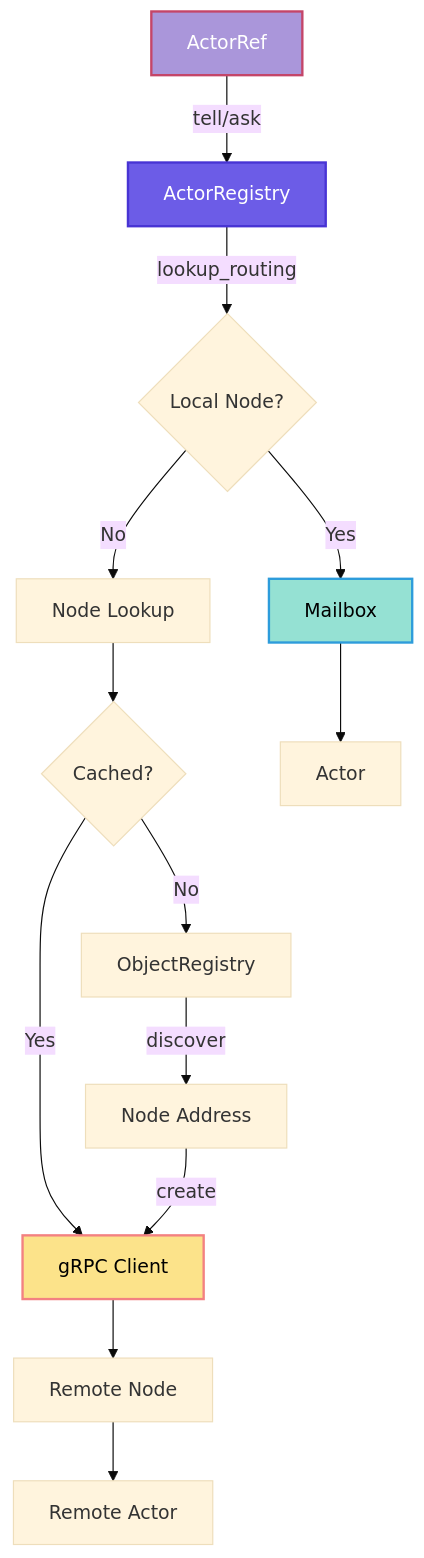
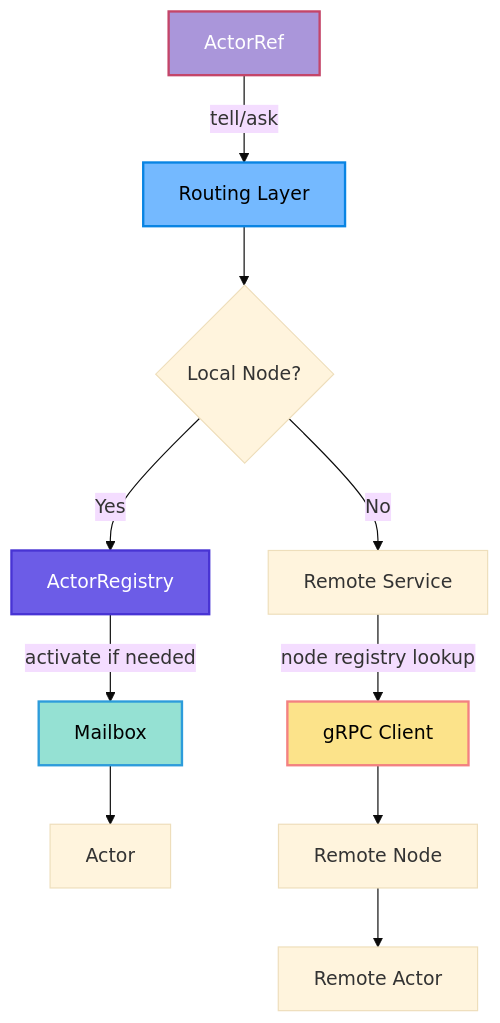
One commit to bhatti/PlexSpaces changed diagram 15 of 16 in docs/actor-system.md. Above: the diagram before and after it, drawn with Mermaid (base theme). The commit also changed other lines of this file and 138 other files, not shown here.

````diff
--- a/docs/actor-system.md
+++ b/docs/actor-system.md
@@ -1858,27 +1858,24 @@
 ```mermaid
 graph TB
     Sender[ActorRef]
+    Route[Routing Layer]
     AR[ActorRegistry]
+    RS["Remote Service"]
     
-    Sender -->|tell/ask| AR
-    AR -->|lookup_routing| Local{Local Node?}
+    Sender -->|tell/ask| Route
+    Route --> Local{Local Node?}
     
-    Local -->|Yes| MB[Mailbox]
-    Local -->|No| NodeLookup[Node Lookup]
-    
-    NodeLookup --> Cache{Cached?}
-    Cache -->|Yes| GRPC[gRPC Client]
-    Cache -->|No| OR[ObjectRegistry]
-    
-    OR -->|discover| NodeInfo[Node Address]
-    NodeInfo -->|create| GRPC
-    
+    Local -->|Yes| AR
+    Local -->|No| RS
+    AR -->|activate if needed| MB[Mailbox]
+    RS -->|node registry lookup| GRPC[gRPC Client]
     MB --> Actor[Actor]
     GRPC --> Remote[Remote Node]
     Remote --> RemoteActor[Remote Actor]
     
     style Sender fill:#AA96DA,stroke:#C44569,stroke-width:2px,color:#fff
+    style Route fill:#74B9FF,stroke:#0984E3,stroke-width:2px,color:#000
     style AR fill:#6C5CE7,stroke:#4834D4,stroke-width:2px,color:#fff
     style MB fill:#95E1D3,stroke:#2D9CDB,stroke-width:2px,color:#000
     style GRPC fill:#FCE38A,stroke:#F38181,stroke-width:2px,color:#000
 ```
````
